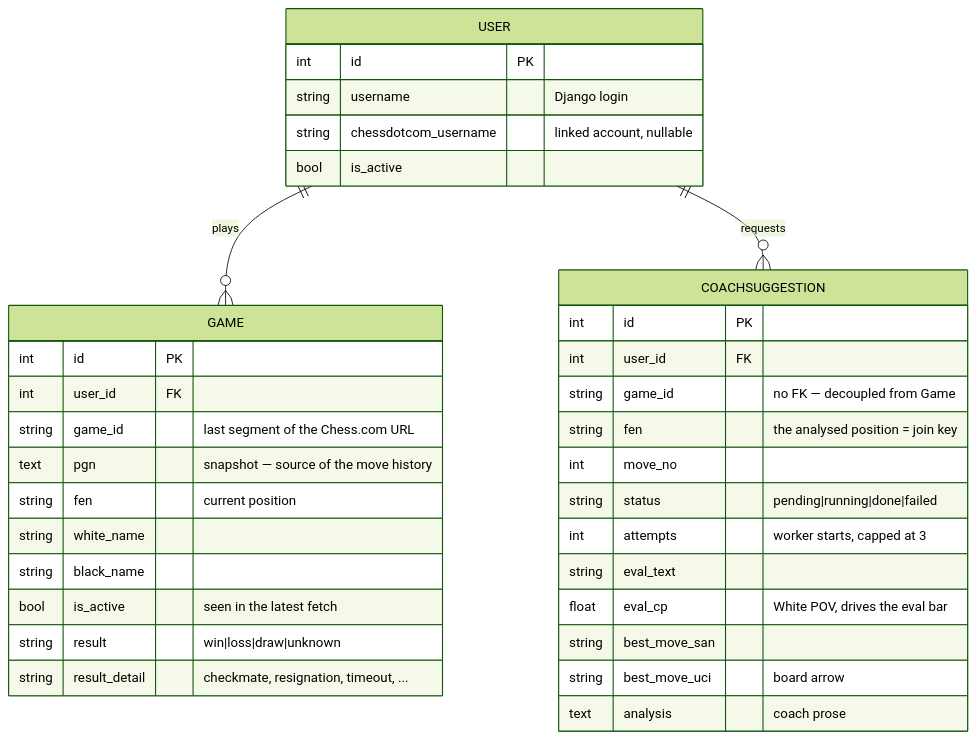
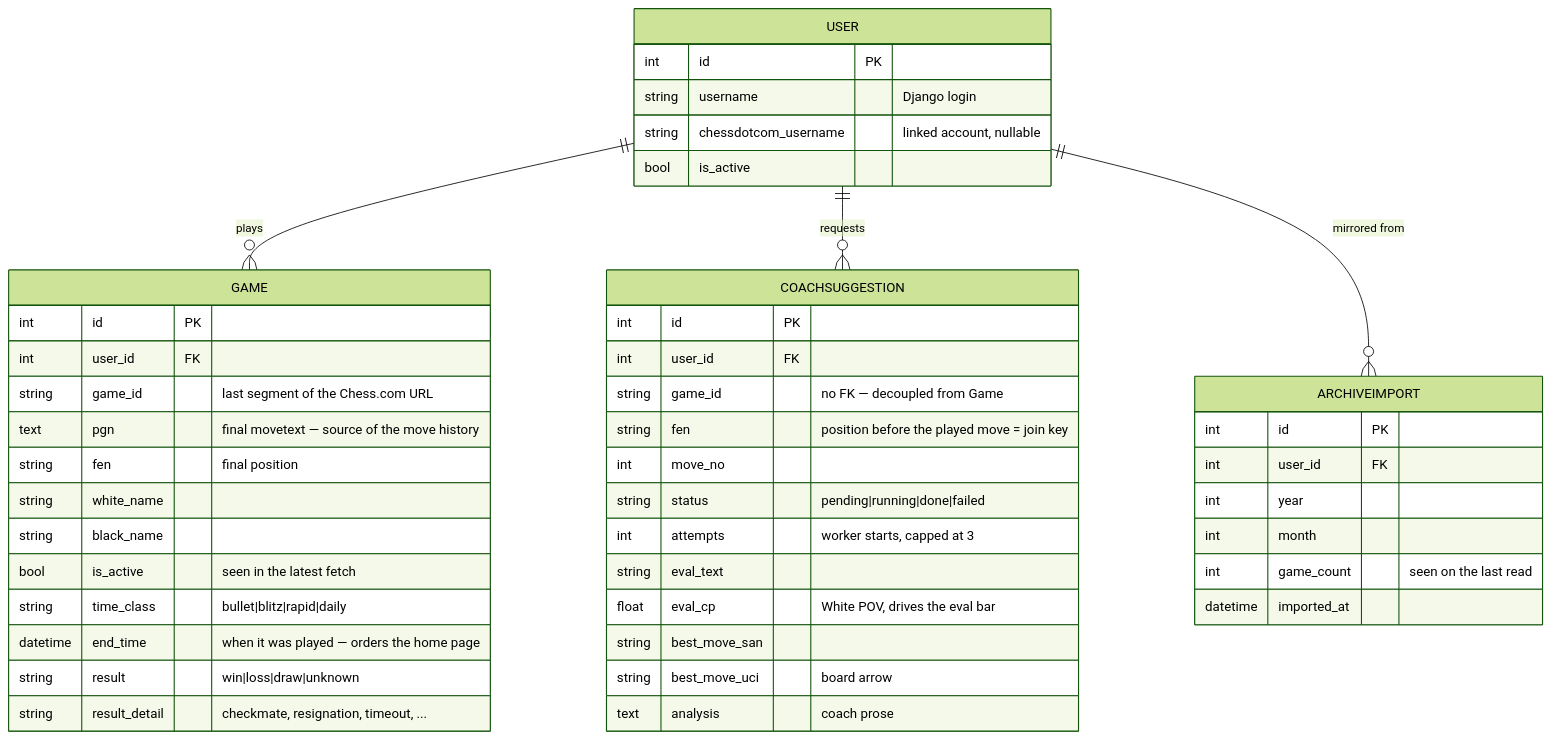
One commit to gab-25/chessdotcom_ai_coach changed the first of 2 diagrams in docs/data-model.md. Above: the diagram before and after it, drawn with Mermaid (forest theme). The commit also changed other lines of this file and 47 other files, not shown here.

Commit message:
Import every game from the Chess.com archives, analyse played moves on request (#49)

````diff
--- a/docs/data-model.md
+++ b/docs/data-model.md
@@ -9,40 +15,52 @@
 ```mermaid
 erDiagram
     USER ||--o{ GAME : "plays"
     USER ||--o{ COACHSUGGESTION : "requests"
+    USER ||--o{ ARCHIVEIMPORT : "mirrored from"
 
     USER {
         int id PK
         string username "Django login"
         string chessdotcom_username "linked account, nullable"
         bool is_active
     }
 
     GAME {
         int id PK
         int user_id FK
         string game_id "last segment of the Chess.com URL"
-        text pgn "snapshot — source of the move history"
-        string fen "current position"
+        text pgn "final movetext — source of the move history"
+        string fen "final position"
         string white_name
         string black_name
         bool is_active "seen in the latest fetch"
+        string time_class "bullet|blitz|rapid|daily"
+        datetime end_time "when it was played — orders the home page"
         string result "win|loss|draw|unknown"
         string result_detail "checkmate, resignation, timeout, ..."
+    }
+
+    ARCHIVEIMPORT {
+        int id PK
+        int user_id FK
+        int year
+        int month
+        int game_count "seen on the last read"
+        datetime imported_at
     }
 
     COACHSUGGESTION {
         int id PK
         int user_id FK
         string game_id "no FK — decoupled from Game"
-        string fen "the analysed position = join key"
+        string fen "position before the played move = join key"
         int move_no
         string status "pending|running|done|failed"
         int attempts "worker starts, capped at 3"
         string eval_text
         float eval_cp "White POV, drives the eval bar"
         string best_move_san
         string best_move_uci "board arrow"
         text analysis "coach prose"
     }
 ```
````
